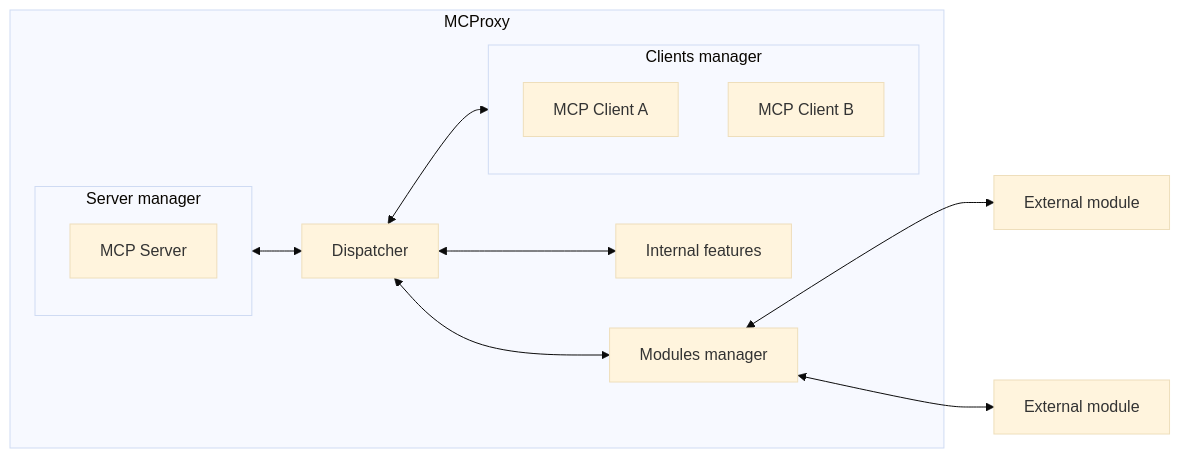
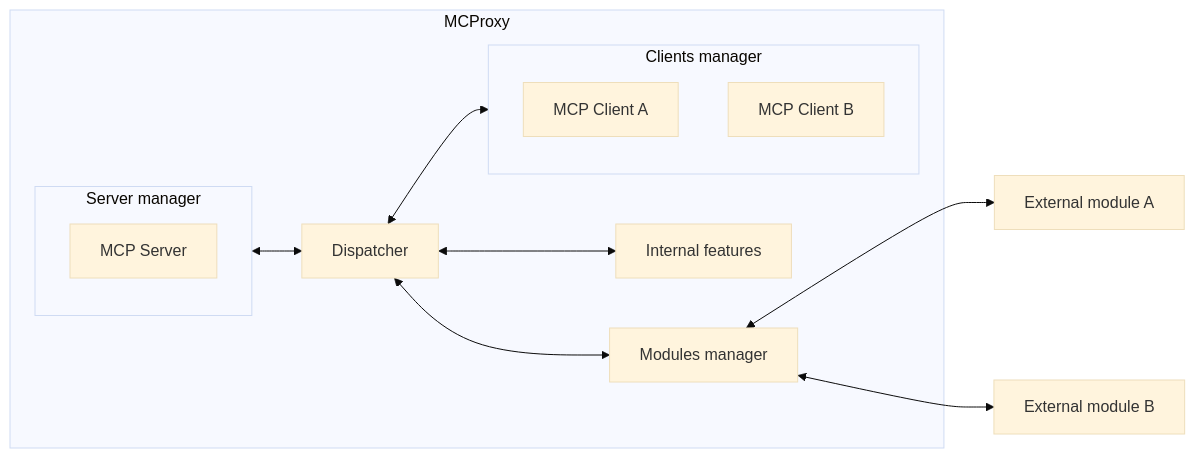
Before and after one commit to LaurentAjdnik/mcproxy: the fifth of 5 diagrams in README.md, drawn with Mermaid (base theme).

````diff
--- a/README.md
+++ b/README.md
@@ -107,25 +107,25 @@
 ```mermaid
 flowchart LR
     subgraph MCProxy
         subgraph servermanager[Server manager]
             server[MCP Server]
         end
         dispatcher[Dispatcher]
         internalfeatures[Internal features]
         modulesmanager[Modules manager]
         subgraph clientsmanager[Clients manager]
             direction TB
             clientA[MCP Client A]
             clientB[MCP Client B]
         end
     end
-    moduleA[External module]
-    moduleB[External module]
+    moduleA[External module A]
+    moduleB[External module B]
 
     servermanager <--> dispatcher
     dispatcher <--> clientsmanager
     dispatcher <--> internalfeatures
     dispatcher <--> modulesmanager
     modulesmanager <--> moduleA
     modulesmanager <--> moduleB
 ```
````
